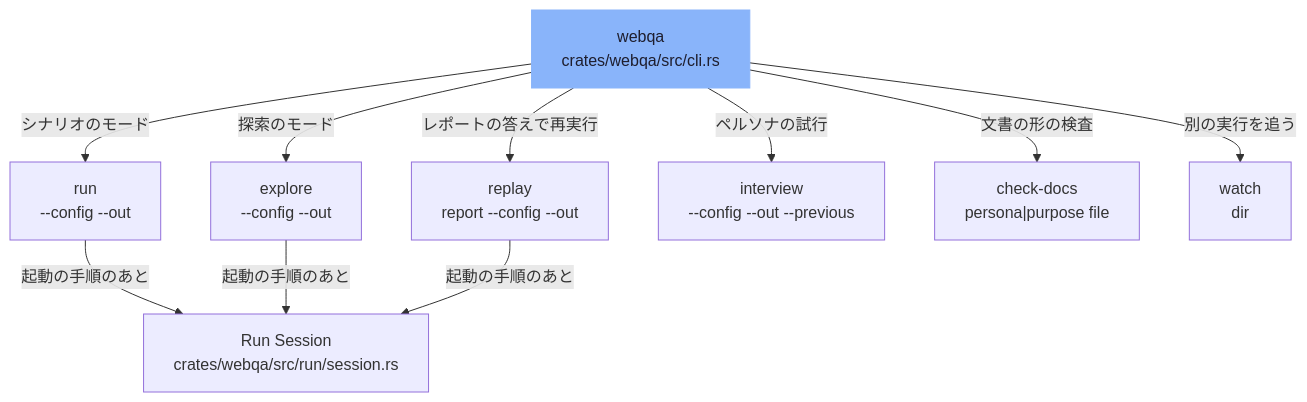
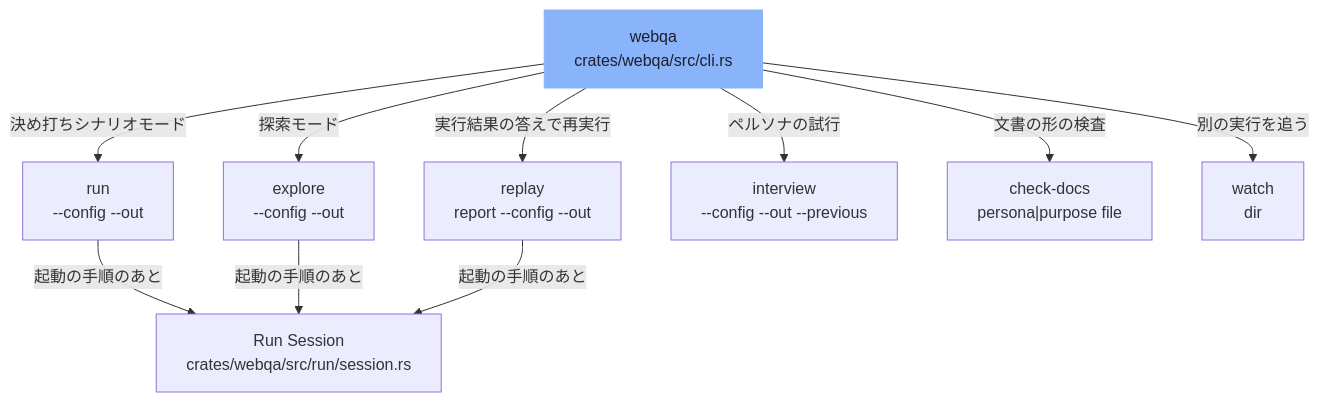
The diagram in .omm/command-surface/diagram.mmd (Hakkadaikon/webqa-explorer), drawn with Mermaid before and after one commit. The commit also changed 23 other files, not shown here.

```diff
--- a/.omm/command-surface/diagram.mmd
+++ b/.omm/command-surface/diagram.mmd
@@ -1,19 +1,19 @@
 graph TD
     webqa["webqa\ncrates/webqa/src/cli.rs"]:::entry
     run["run\n--config --out"]
     explore["explore\n--config --out"]
     replay["replay\nreport --config --out"]
     interview["interview\n--config --out --previous"]
     check-docs["check-docs\npersona|purpose file"]
     watch["watch\ndir"]
     run-session["Run Session\ncrates/webqa/src/run/session.rs"]
-    webqa -->|"シナリオのモード"| run
-    webqa -->|"探索のモード"| explore
-    webqa -->|"レポートの答えで再実行"| replay
+    webqa -->|"決め打ちシナリオモード"| run
+    webqa -->|"探索モード"| explore
+    webqa -->|"実行結果の答えで再実行"| replay
     webqa -->|"ペルソナの試行"| interview
     webqa -->|"文書の形の検査"| check-docs
     webqa -->|"別の実行を追う"| watch
     run -->|"起動の手順のあと"| run-session
     explore -->|"起動の手順のあと"| run-session
     replay -->|"起動の手順のあと"| run-session
     classDef entry fill:#89b4fa,stroke:#89b4fa,color:#1e1e2e
```
